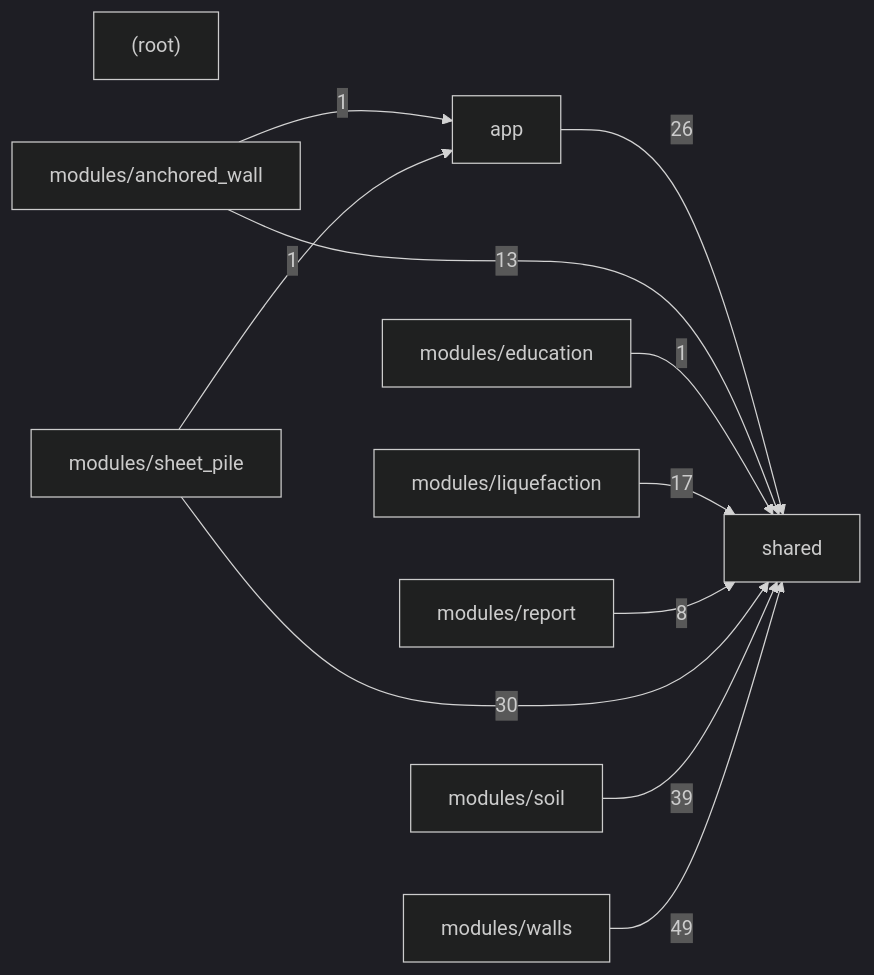
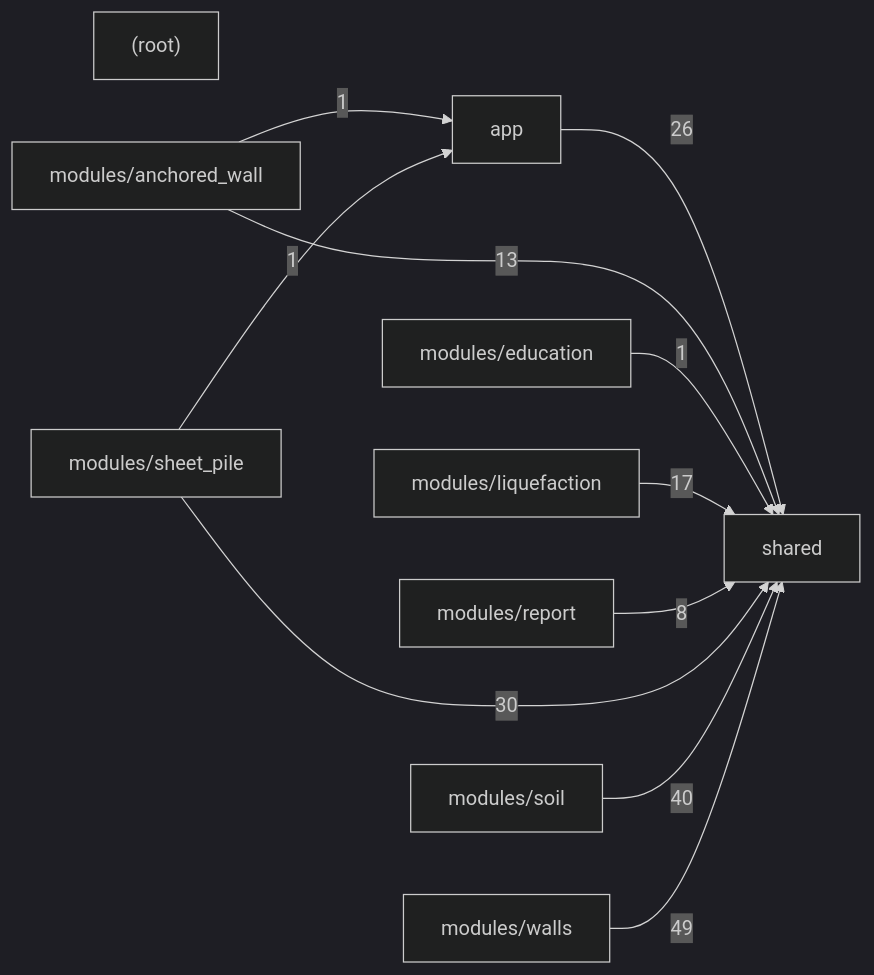
One commit to umutsertkaya/Foundation_Engineering_Program changed the second of 2 diagrams in docs/CODE_MAP.md. Above: the diagram before and after it, drawn with Mermaid (dark theme). The commit also changed other lines of this file and 16 other files, not shown here.

````diff
--- a/docs/CODE_MAP.md
+++ b/docs/CODE_MAP.md
@@ -632,23 +633,23 @@
 ```mermaid
 graph LR
   _root_["(root)"]
   app["app"]
   modules_anchored_wall["modules/anchored_wall"]
   modules_education["modules/education"]
   modules_liquefaction["modules/liquefaction"]
   modules_report["modules/report"]
   modules_sheet_pile["modules/sheet_pile"]
   modules_soil["modules/soil"]
   modules_walls["modules/walls"]
   shared["shared"]
   app -->|26| shared
   modules_anchored_wall -->|1| app
   modules_anchored_wall -->|13| shared
   modules_education -->|1| shared
   modules_liquefaction -->|17| shared
   modules_report -->|8| shared
   modules_sheet_pile -->|1| app
   modules_sheet_pile -->|30| shared
-  modules_soil -->|39| shared
+  modules_soil -->|40| shared
   modules_walls -->|49| shared
 ```
````
